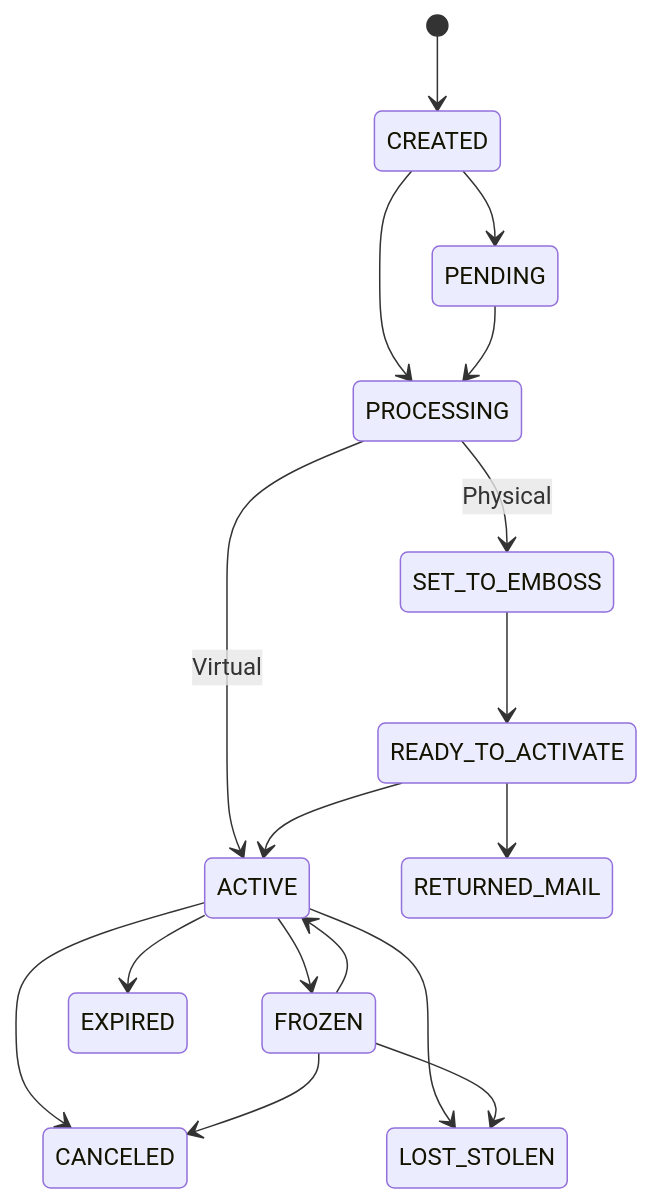
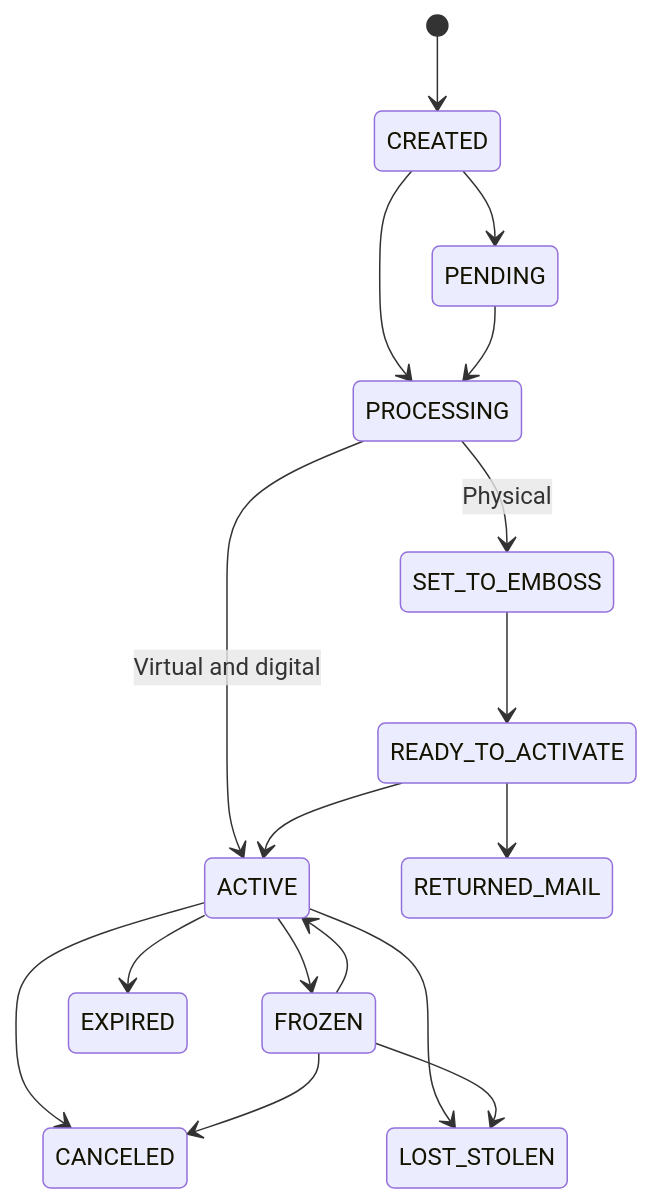
One commit to reevu-adhikary-alviere/symmetrical-octo-memory changed the diagram in docs/guides/cards.md. Above: the diagram before and after it, drawn with Mermaid. The commit also changed other lines of this file and 14 other files, not shown here.

````diff
--- a/docs/guides/cards.md
+++ b/docs/guides/cards.md
@@ -21,19 +97,19 @@
 ```mermaid
 stateDiagram-v2
     [*] --> CREATED
     CREATED --> PROCESSING
     CREATED --> PENDING
     PENDING --> PROCESSING
-    PROCESSING --> ACTIVE : Virtual
+    PROCESSING --> ACTIVE : Virtual and digital
     PROCESSING --> SET_TO_EMBOSS : Physical
     SET_TO_EMBOSS --> READY_TO_ACTIVATE
     READY_TO_ACTIVATE --> ACTIVE
     READY_TO_ACTIVATE --> RETURNED_MAIL
     ACTIVE --> FROZEN
     FROZEN --> ACTIVE
     ACTIVE --> LOST_STOLEN
     ACTIVE --> CANCELED
     ACTIVE --> EXPIRED
     FROZEN --> CANCELED
     FROZEN --> LOST_STOLEN
 ```
````
